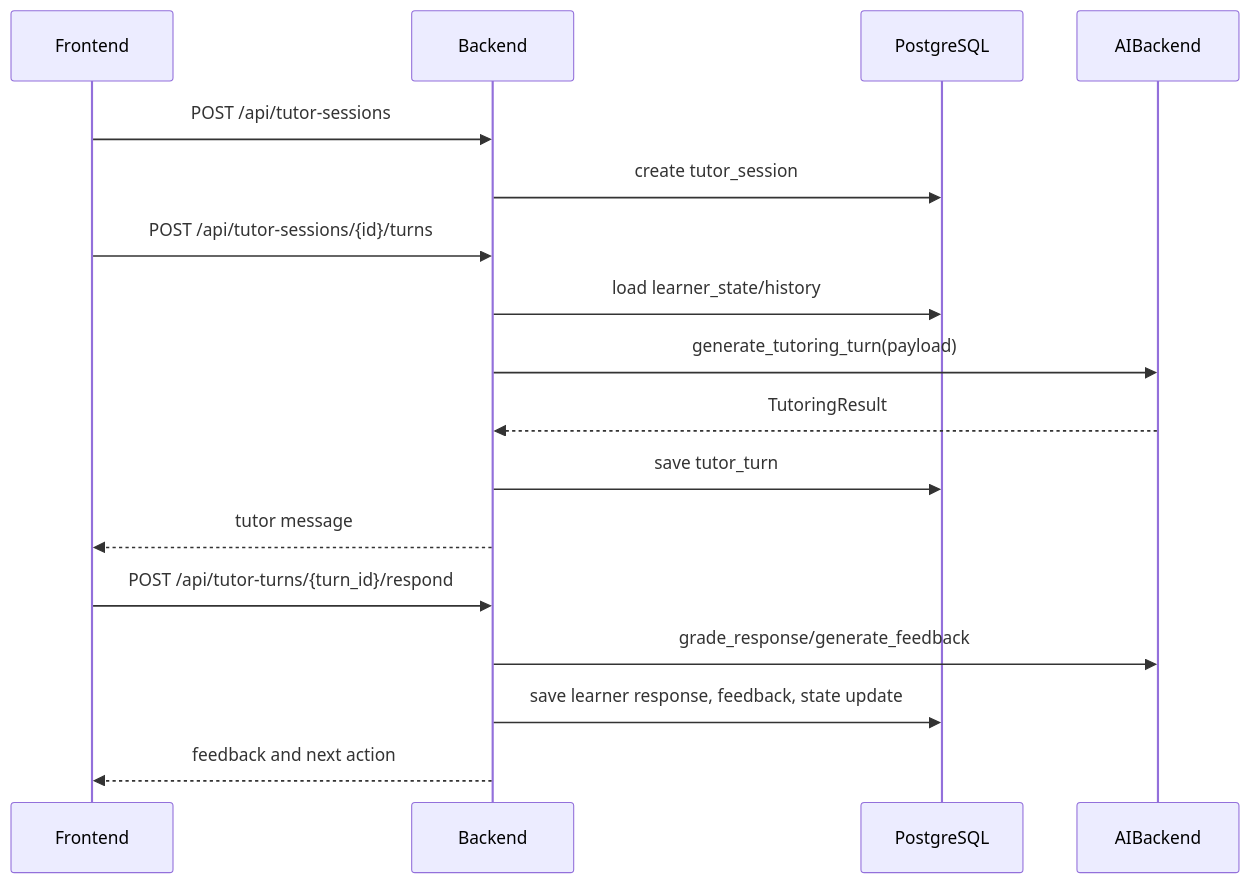
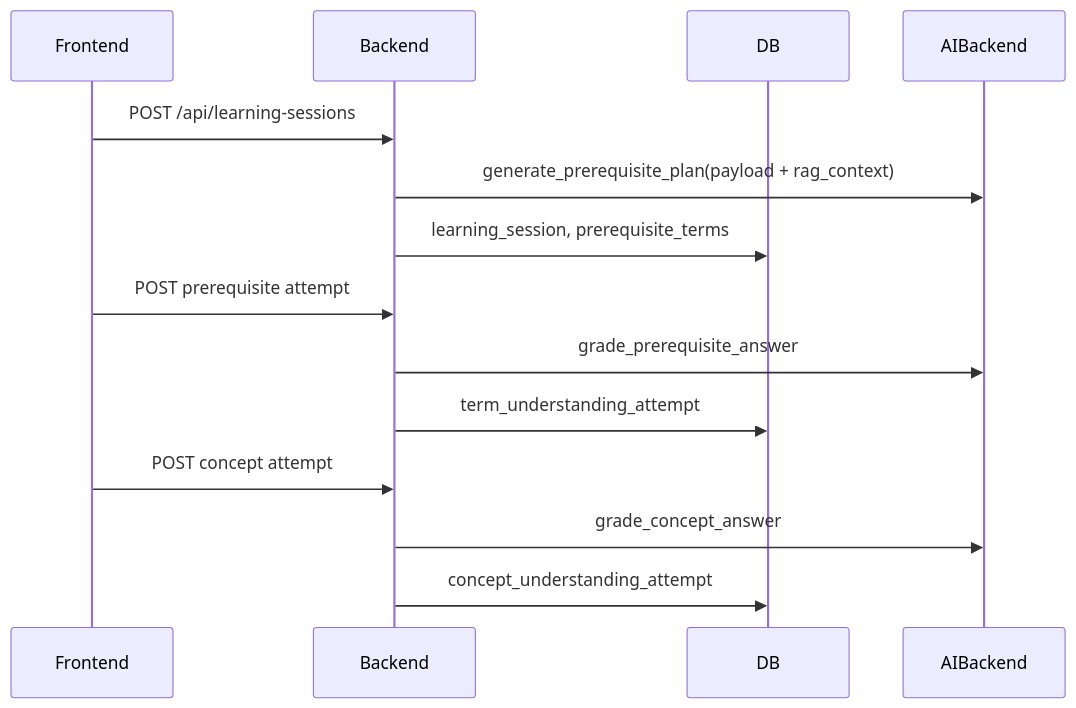
Before and after one commit to Hiroki252516/gogainen_bot: the second of 3 diagrams in docs/05_system_architecture.md, drawn with Mermaid. The commit also changed other lines of this file and 32 other files, not shown here.

````diff
--- a/docs/05_system_architecture.md
+++ b/docs/05_system_architecture.md
@@ -147,19 +94,16 @@
 ```mermaid
 sequenceDiagram
   participant F as Frontend
   participant B as Backend
-  participant DB as PostgreSQL
+  participant DB as DB
   participant AI as AIBackend
-  F->>B: POST /api/tutor-sessions
-  B->>DB: create tutor_session
-  F->>B: POST /api/tutor-sessions/{id}/turns
-  B->>DB: load learner_state/history
-  B->>AI: generate_tutoring_turn(payload)
-  AI-->>B: TutoringResult
-  B->>DB: save tutor_turn
-  B-->>F: tutor message
-  F->>B: POST /api/tutor-turns/{turn_id}/respond
-  B->>AI: grade_response/generate_feedback
-  B->>DB: save learner response, feedback, state update
-  B-->>F: feedback and next action
+  F->>B: POST /api/learning-sessions
+  B->>AI: generate_prerequisite_plan(payload + rag_context)
+  B->>DB: learning_session, prerequisite_terms
+  F->>B: POST prerequisite attempt
+  B->>AI: grade_prerequisite_answer
+  B->>DB: term_understanding_attempt
+  F->>B: POST concept attempt
+  B->>AI: grade_concept_answer
+  B->>DB: concept_understanding_attempt
 ```
````
